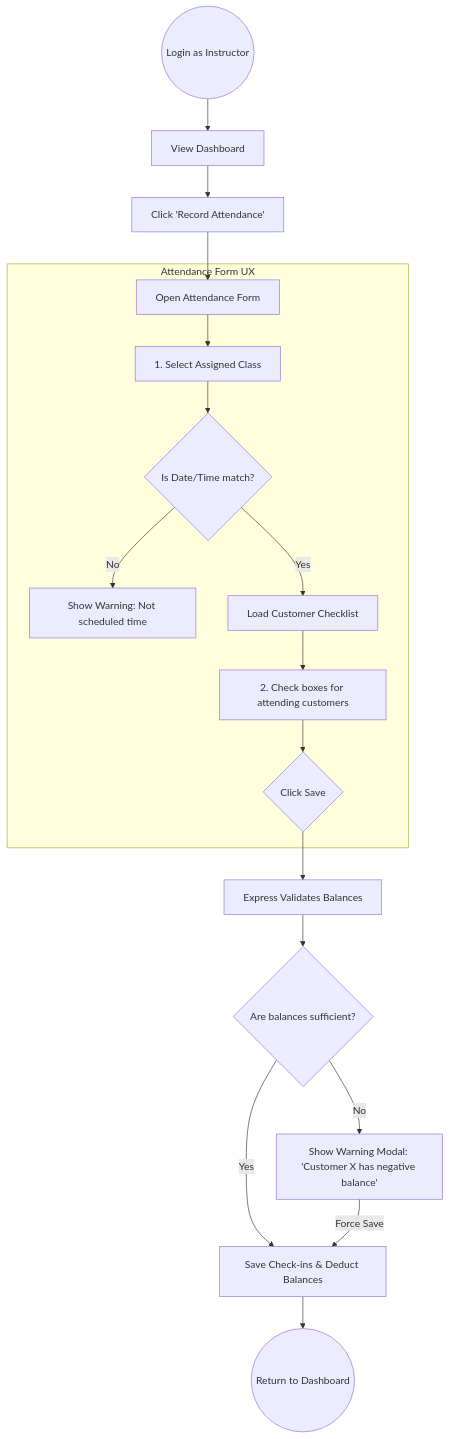
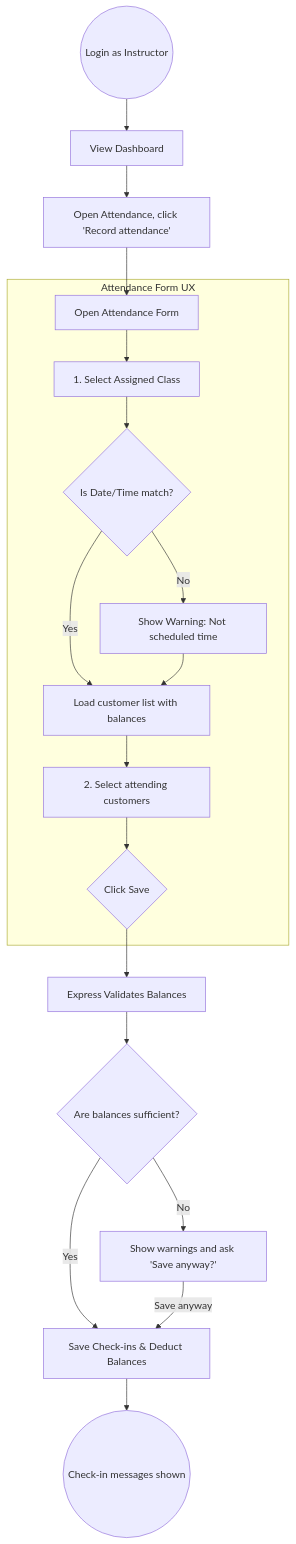
Before and after one commit to lindseychoi/yoga-hom-project-lchoi: the sixth of 9 diagrams in PLAN.md, drawn with Mermaid. The commit also changed other lines of this file and 11 other files, not shown here.

````diff
--- a/PLAN.md
+++ b/PLAN.md
@@ -448,24 +475,25 @@
 ```mermaid
 flowchart TD
     Start((Login as Instructor)) --> Dash[View Dashboard]
-    Dash --> ClickAtt[Click 'Record Attendance']
+    Dash --> ClickAtt[Open Attendance, click 'Record attendance']
     ClickAtt --> Form[Open Attendance Form]
     
     subgraph Attendance Form UX
         Form --> SelectClass[1. Select Assigned Class]
         SelectClass --> TimeCheck{Is Date/Time match?}
         TimeCheck -->|No| Warn[Show Warning: Not scheduled time]
-        TimeCheck -->|Yes| LoadCust[Load Customer Checklist]
-        LoadCust --> Checkboxes[2. Check boxes for attending customers]
-        Checkboxes --> Submit{Click Save}
+        TimeCheck -->|Yes| LoadCust[Load customer list with balances]
+        Warn --> LoadCust
+        LoadCust --> Pick[2. Select attending customers]
+        Pick --> Submit{Click Save}
     end
     
     Submit --> API[Express Validates Balances]
     API --> BalCheck{Are balances sufficient?}
     
     BalCheck -->|Yes| Success[Save Check-ins & Deduct Balances]
-    BalCheck -->|No| OverridePrompt[Show Warning Modal: 'Customer X has negative balance']
+    BalCheck -->|No| OverridePrompt[Show warnings and ask 'Save anyway?']
     
-    OverridePrompt -->|Force Save| Success
-    Success --> Done((Return to Dashboard))
+    OverridePrompt -->|Save anyway| Success
+    Success --> Done((Check-in messages shown))
 ```
````
